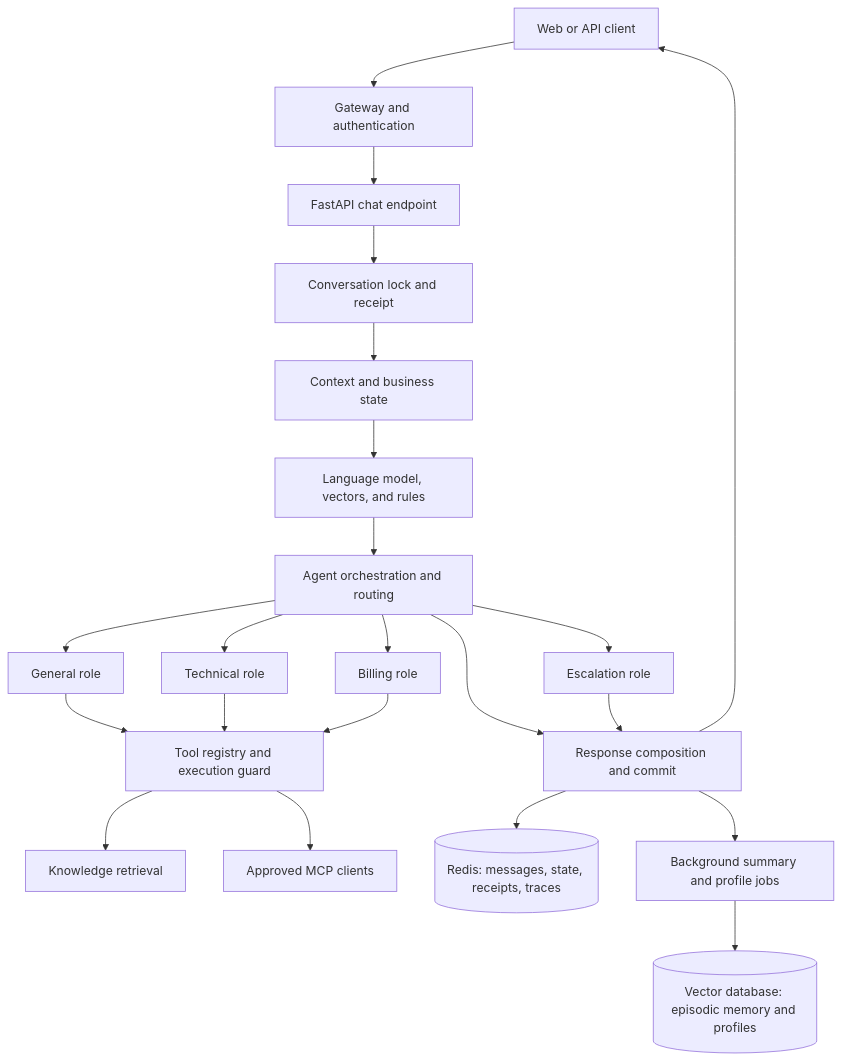
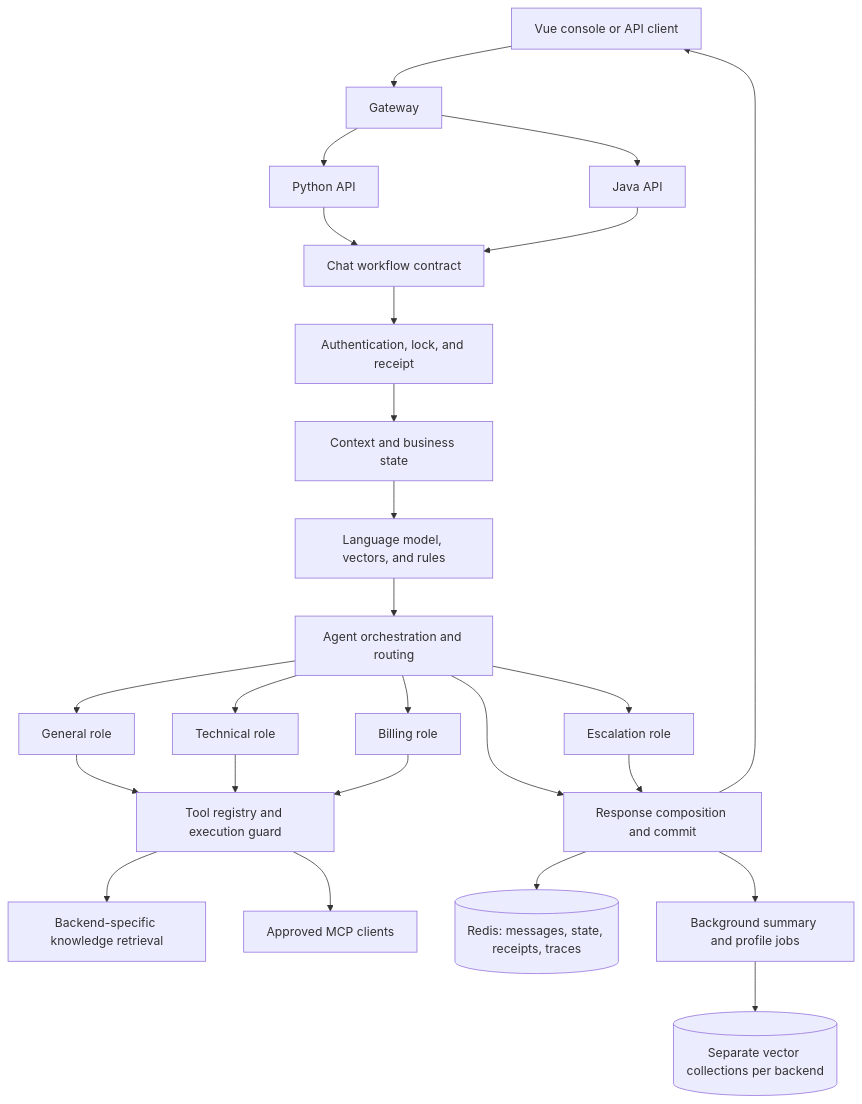
Before and after one commit to Bruce-Yu-1203/agentflow: the diagram in docs/technical-design.md, drawn with Mermaid. The commit also changed other lines of this file and 2 other files, not shown here.

````diff
--- a/docs/technical-design.md
+++ b/docs/technical-design.md
@@ -13,24 +13,27 @@
 ```mermaid
 flowchart TD
-    Client[Web or API client] --> Gateway[Gateway and authentication]
-    Gateway --> Chat[FastAPI chat endpoint]
-    Chat --> Guard[Conversation lock and receipt]
+    Client[Vue console or API client] --> Gateway[Gateway]
+    Gateway --> Python[Python API]
+    Gateway --> Java[Java API]
+    Python --> Chat[Chat workflow contract]
+    Java --> Chat
+    Chat --> Guard[Authentication, lock, and receipt]
     Guard --> Context[Context and business state]
     Context --> Intent[Language model, vectors, and rules]
     Intent --> Router[Agent orchestration and routing]
     Router --> General[General role]
     Router --> Technical[Technical role]
     Router --> Billing[Billing role]
     Router --> Escalation[Escalation role]
     General --> Tools[Tool registry and execution guard]
     Technical --> Tools
     Billing --> Tools
-    Tools --> Knowledge[Knowledge retrieval]
+    Tools --> Knowledge[Backend-specific knowledge retrieval]
     Tools --> MCP[Approved MCP clients]
     Router --> Commit[Response composition and commit]
     Escalation --> Commit
     Commit --> Redis[(Redis: messages, state, receipts, traces)]
     Commit --> Client
     Commit --> Worker[Background summary and profile jobs]
-    Worker --> VectorDB[(Vector database: episodic memory and profiles)]
+    Worker --> VectorDB[(Separate vector collections per backend)]
 ```
````
